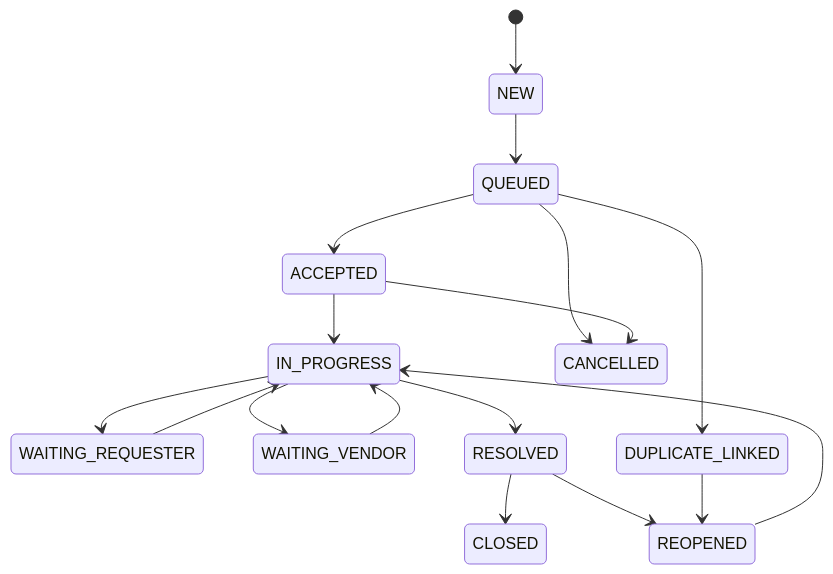
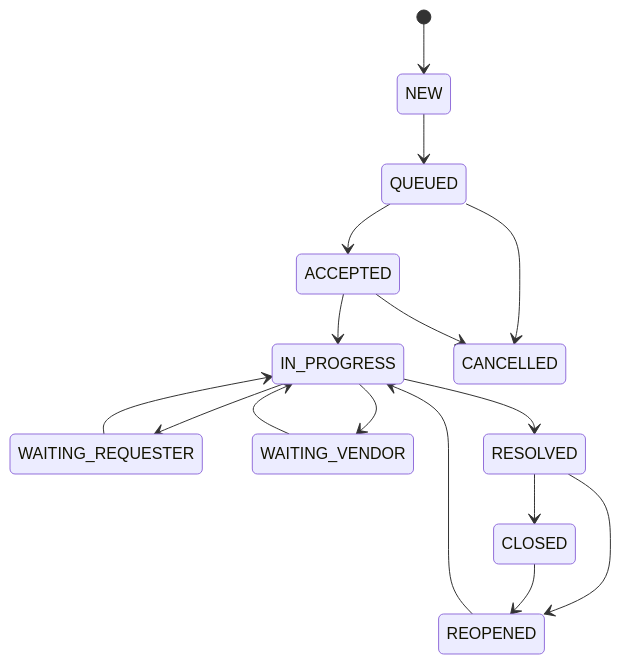
One commit to peterkis/Fault-Reporting-WeCom-Assistant changed the diagram in docs/06_ticket_state_and_notification.md. Above: the diagram before and after it, drawn with Mermaid. The commit also changed other lines of this file and 50 other files, not shown here.

````diff
--- a/docs/06_ticket_state_and_notification.md
+++ b/docs/06_ticket_state_and_notification.md
@@ -70,19 +70,18 @@
 ```mermaid
 stateDiagram-v2
     [*] --> NEW
     NEW --> QUEUED
     QUEUED --> ACCEPTED
     ACCEPTED --> IN_PROGRESS
     IN_PROGRESS --> WAITING_REQUESTER
     WAITING_REQUESTER --> IN_PROGRESS
     IN_PROGRESS --> WAITING_VENDOR
     WAITING_VENDOR --> IN_PROGRESS
     IN_PROGRESS --> RESOLVED
     RESOLVED --> CLOSED
     RESOLVED --> REOPENED
+    CLOSED --> REOPENED
     REOPENED --> IN_PROGRESS
     QUEUED --> CANCELLED
     ACCEPTED --> CANCELLED
-    QUEUED --> DUPLICATE_LINKED
-    DUPLICATE_LINKED --> REOPENED
 ```
````
